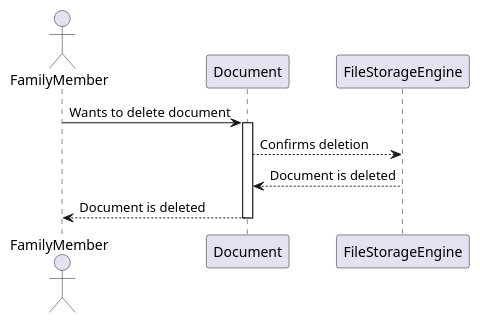
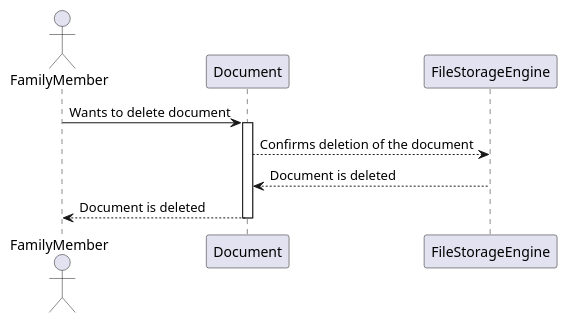
The diagram in architecture/sequence_document deletion.puml (barnalismollich/coyotiv-barnali-smollich), drawn with PlantUML before and after one commit. The commit also changed 5 other files, not shown here.

```diff
--- a/architecture/sequence_document deletion.puml
+++ b/architecture/sequence_document deletion.puml
@@ -1,18 +1,18 @@
 @startuml sequence.puml
 
 actor FamilyMember
 participant "Document" as A
 participant "FileStorageEngine" as B
 
 
 FamilyMember -> A: Wants to delete document
 activate A
 
-A--> B: Confirms deletion
+A--> B: Confirms deletion of the document
 
 B--> A: Document is deleted
 
 A --> FamilyMember: Document is deleted
 deactivate A
 
 @enduml
```
